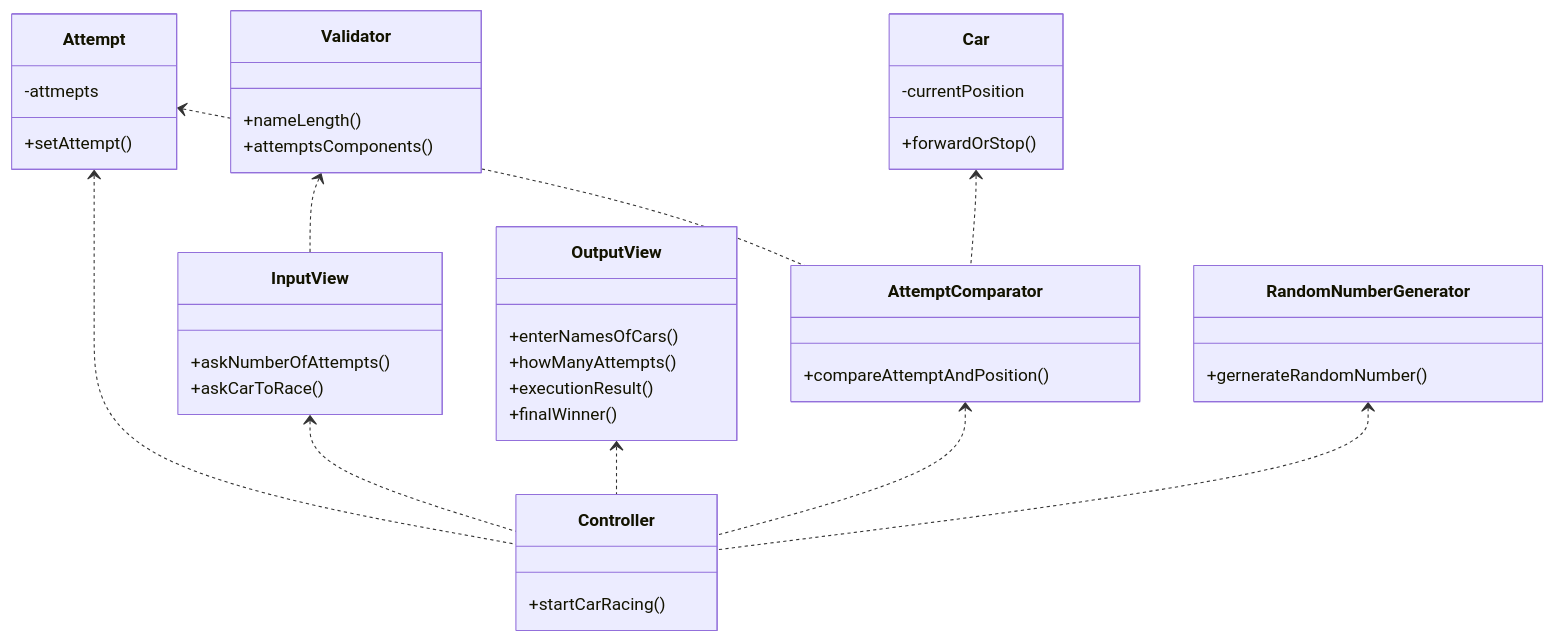
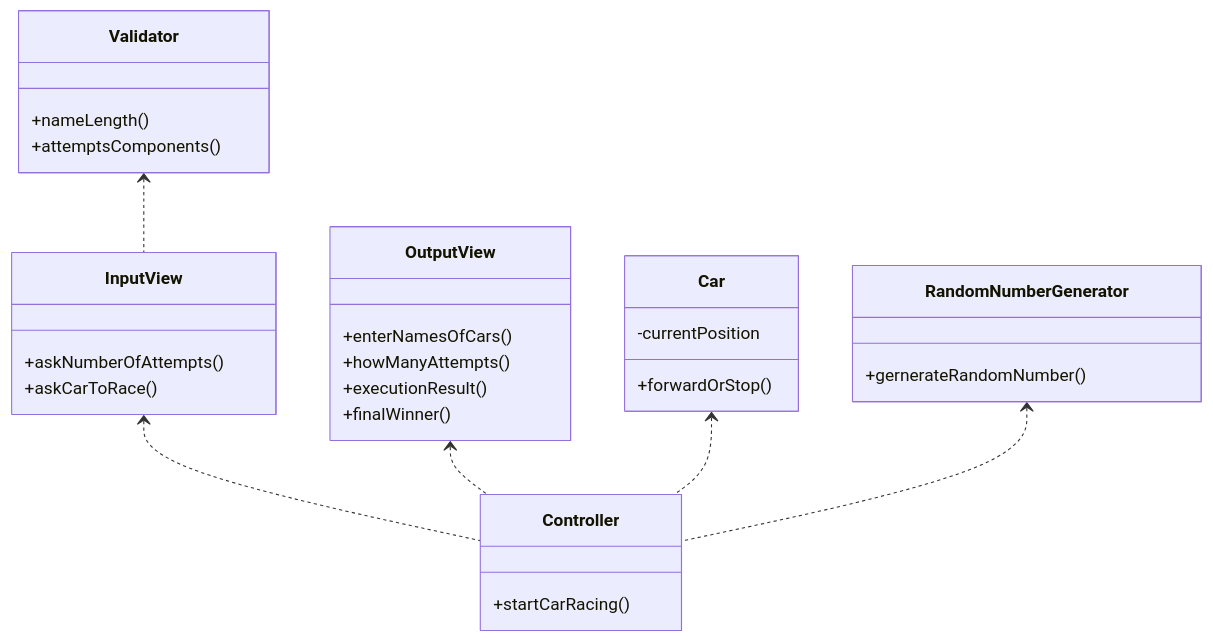
One commit to woowacourse-precourse/kotlin-racingcar-6 changed the diagram in README.md. Above: the diagram before and after it, drawn with Mermaid. The commit also changed other lines of this file, not shown here.

Commit message:
[docs] 기능 목록표, 클래스 다이어 그램에 있는 Attempts, AttemptComparator 제거

````diff
--- a/README.md
+++ b/README.md
@@ -212,42 +204,32 @@
 ```mermaid
 classDiagram
-    Attempt <.. Controller
     InputView <.. Controller
     OutputView <.. Controller
-    AttemptComparator <.. Controller
+    Car <.. Controller
     RandomNumberGenerator <.. Controller
     Validator <.. InputView
-    Attempt <.. AttemptComparator
-    Car <.. AttemptComparator
     class Controller {
         +startCarRacing()
     }
     class InputView {
         +askNumberOfAttempts()
         +askCarToRace()
     }
     class OutputView {
         +enterNamesOfCars()
         +howManyAttempts()
         +executionResult()
         +finalWinner()
     }
     class RandomNumberGenerator {
         +gernerateRandomNumber()
     }
     class Car {
         -currentPosition
         +forwardOrStop()
     }
-    class Attempt {
-        -attmepts
-        +setAttempt()
-    }
-    class AttemptComparator {
-        +compareAttemptAndPosition()
-    }
     class Validator {
         +nameLength()
         +attemptsComponents()
     }
 ```
````
